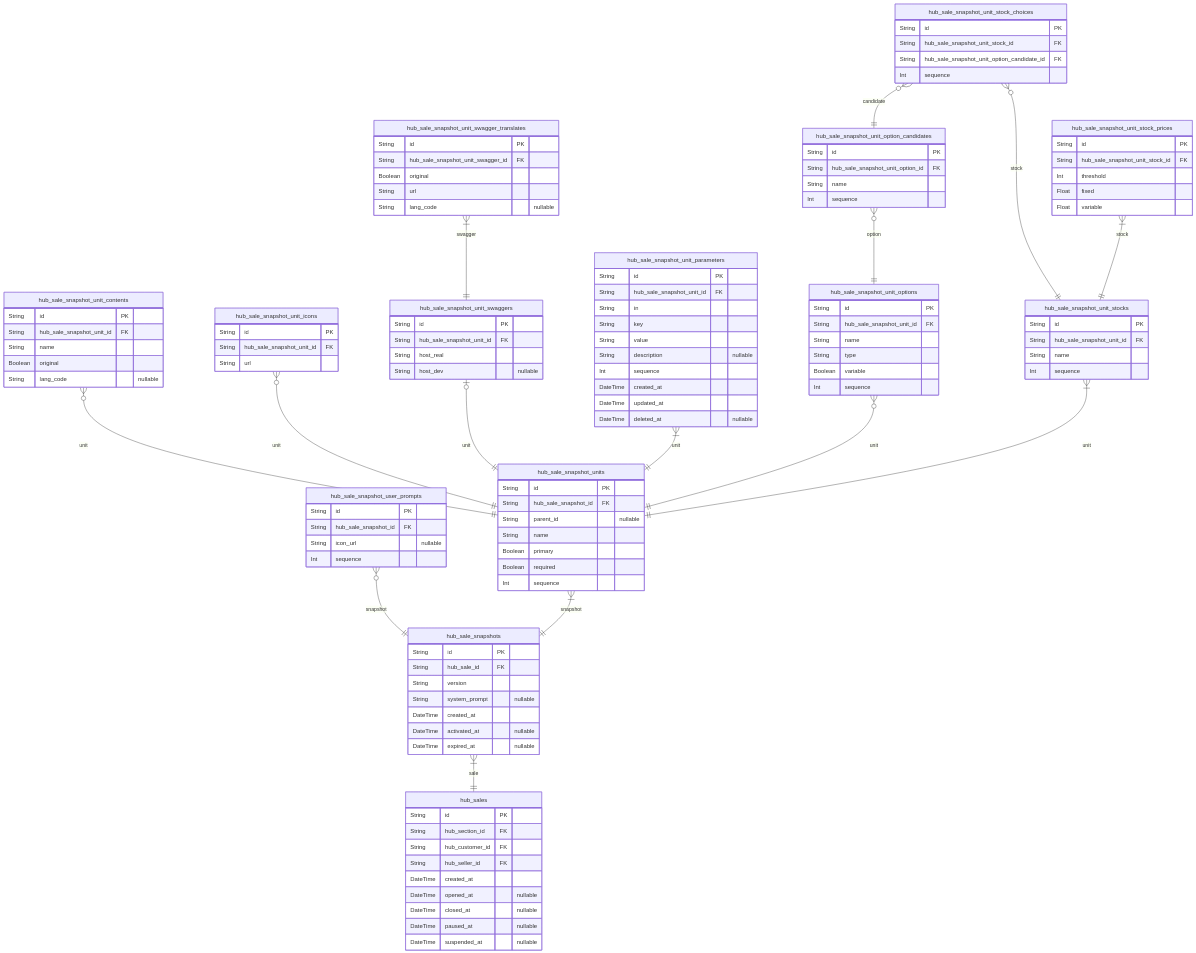
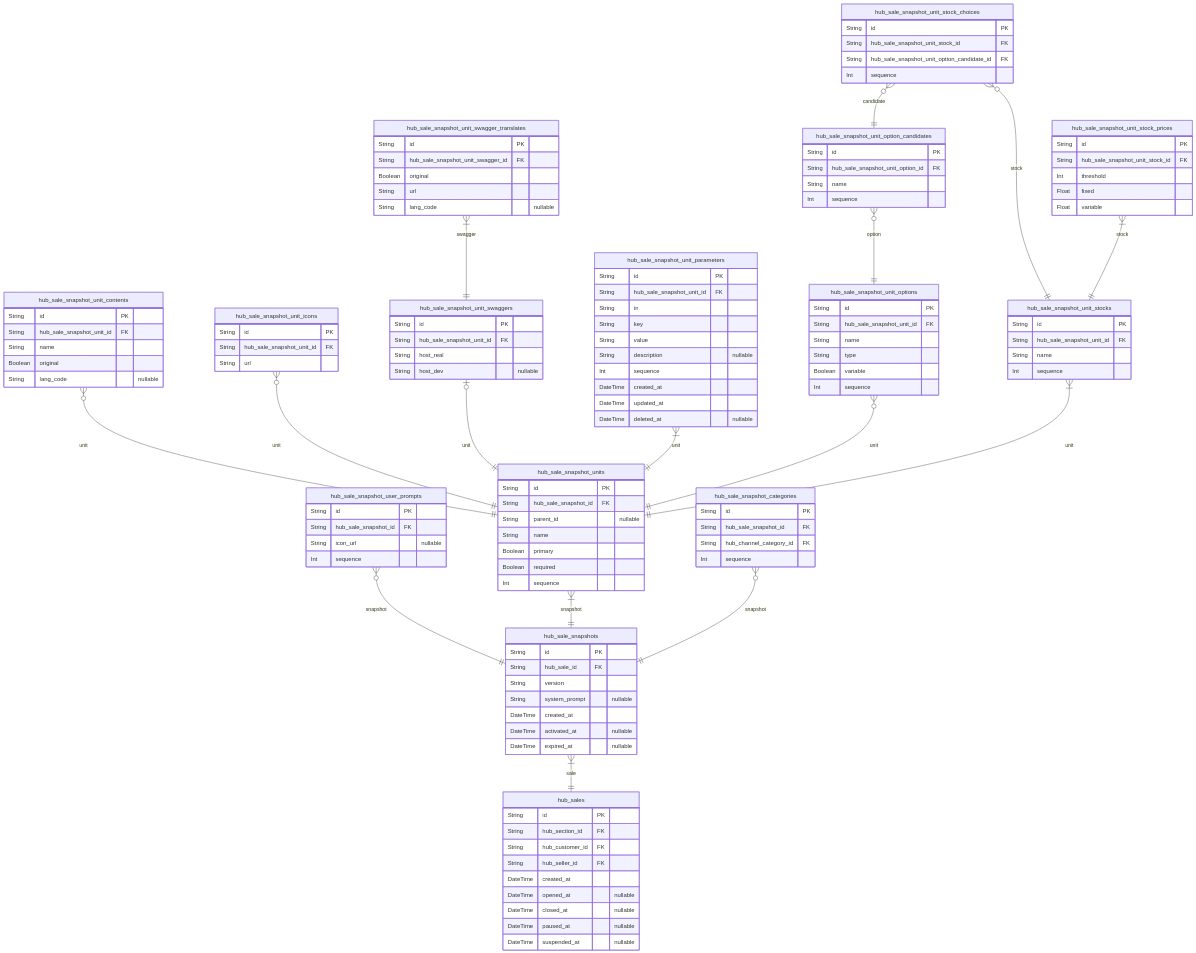
One commit to wrtnlabs/backend changed the fourth of 17 diagrams in docs/ERD.md. Above: the diagram before and after it, drawn with Mermaid. The commit also changed other lines of this file and 1088 other files, not shown here.

````diff
--- a/docs/ERD.md
+++ b/docs/ERD.md
@@ -1019,6 +987,12 @@
   Float fixed
   Float variable
 }
+"hub_sale_snapshot_categories" {
+  String id PK
+  String hub_sale_snapshot_id FK
+  String hub_channel_category_id FK
+  Int sequence
+}
 "hub_sale_snapshots" }|--|| "hub_sales" : sale
 "hub_sale_snapshot_user_prompts" }o--|| "hub_sale_snapshots" : snapshot
 "hub_sale_snapshot_units" }|--|| "hub_sale_snapshots" : snapshot
@@ -1033,4 +1007,5 @@
 "hub_sale_snapshot_unit_stock_choices" }o--|| "hub_sale_snapshot_unit_stocks" : stock
 "hub_sale_snapshot_unit_stock_choices" }o--|| "hub_sale_snapshot_unit_option_candidates" : candidate
 "hub_sale_snapshot_unit_stock_prices" }|--|| "hub_sale_snapshot_unit_stocks" : stock
+"hub_sale_snapshot_categories" }o--|| "hub_sale_snapshots" : snapshot
 ```
````
